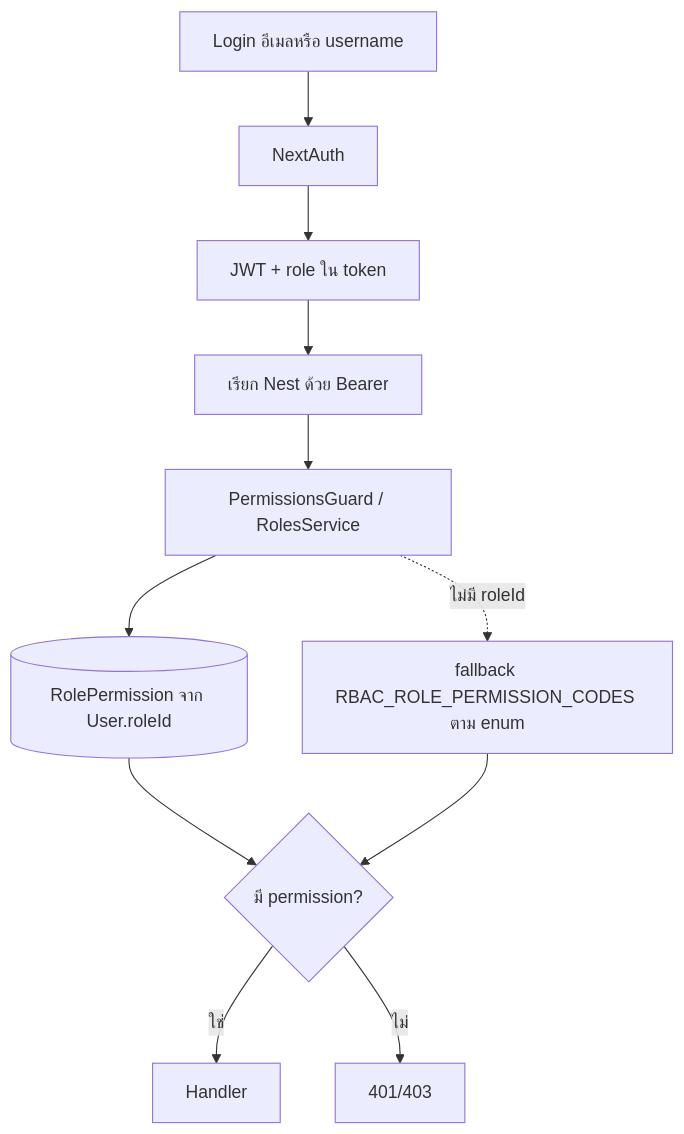
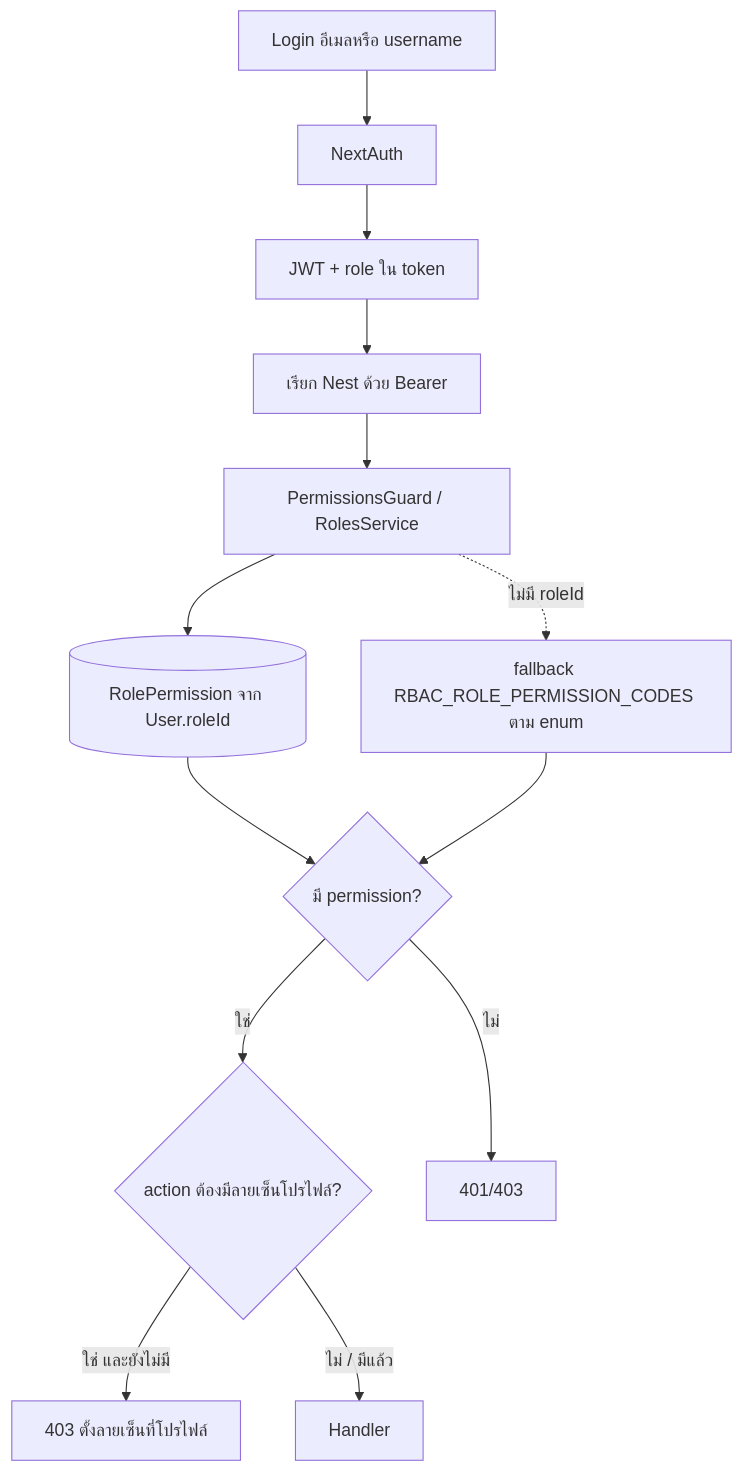
One commit to sakdipath-sawangnath/dtrs-app changed diagram 12 of 14 in docs/System-Workflow.md. Above: the diagram before and after it, drawn with Mermaid. The commit also changed other lines of this file and 31 other files, not shown here.

````diff
--- a/docs/System-Workflow.md
+++ b/docs/System-Workflow.md
@@ -212,13 +411,15 @@
 ```mermaid
 flowchart TD
   L[Login อีเมลหรือ username] --> NA[NextAuth]
   NA --> JWT[JWT + role ใน token]
   JWT --> API[เรียก Nest ด้วย Bearer]
   API --> PG[PermissionsGuard / RolesService]
   PG --> DB[(RolePermission จาก User.roleId)]
   PG -.->|ไม่มี roleId| FB[fallback RBAC_ROLE_PERMISSION_CODES ตาม enum]
   DB --> Allow{มี permission?}
   FB --> Allow
-  Allow -->|ใช่| OK[Handler]
+  Allow -->|ใช่| Sig{action ต้องมีลายเซ็นโปรไฟล์?}
   Allow -->|ไม่| Deny[401/403]
+  Sig -->|ใช่ และยังไม่มี| DenySig[403 ตั้งลายเซ็นที่โปรไฟล์]
+  Sig -->|ไม่ / มีแล้ว| OK[Handler]
 ```
````
